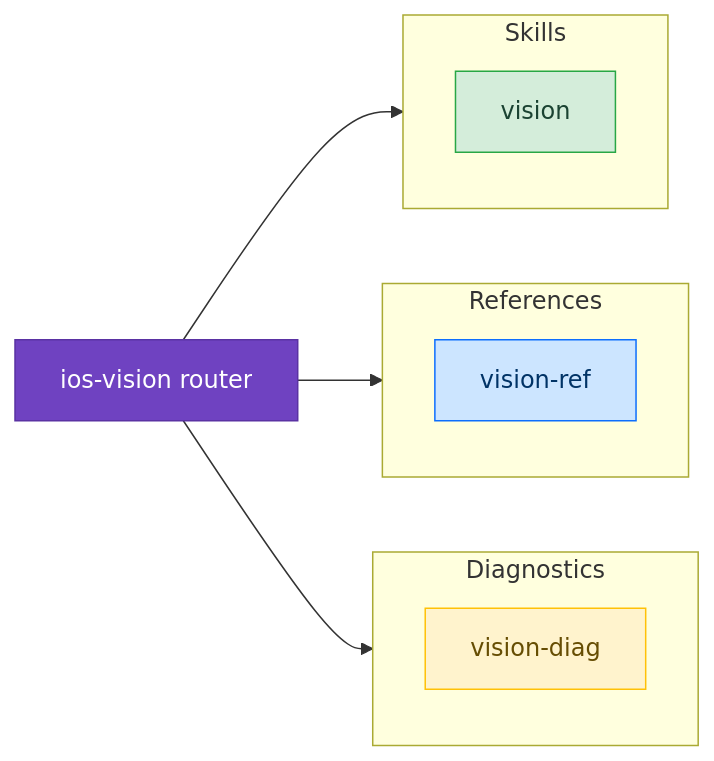
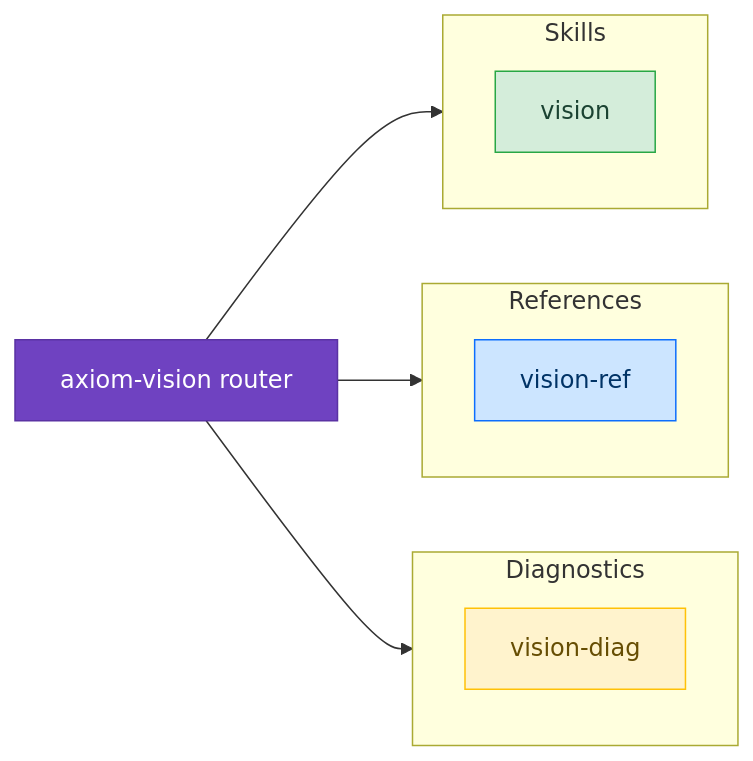
Before and after one commit to CharlesWiltgen/Axiom: the diagram in docs/skills/computer-vision/index.md, drawn with Mermaid. The commit also changed 11 other files, not shown here.

First line of the commit message:
fix(docs): replace all stale ios-* references with axiom-* names

````diff
--- a/docs/skills/computer-vision/index.md
+++ b/docs/skills/computer-vision/index.md
@@ -5,24 +5,24 @@
 ```mermaid
 flowchart LR
     classDef router fill:#6f42c1,stroke:#5a32a3,color:#fff
     classDef discipline fill:#d4edda,stroke:#28a745,color:#1b4332
     classDef reference fill:#cce5ff,stroke:#0d6efd,color:#003366
     classDef diagnostic fill:#fff3cd,stroke:#ffc107,color:#664d03
 
-    axiom_ios_vision["ios-vision router"]:::router
+    axiom_vision["axiom-vision router"]:::router
 
     subgraph skills_d["Skills"]
         vision["vision"]:::discipline
     end
-    axiom_ios_vision --> skills_d
+    axiom_vision --> skills_d
 
     subgraph skills_r["References"]
         vision_ref["vision-ref"]:::reference
     end
-    axiom_ios_vision --> skills_r
+    axiom_vision --> skills_r
 
     subgraph skills_diag["Diagnostics"]
         vision_diag["vision-diag"]:::diagnostic
     end
-    axiom_ios_vision --> skills_diag
+    axiom_vision --> skills_diag
 ```
````
